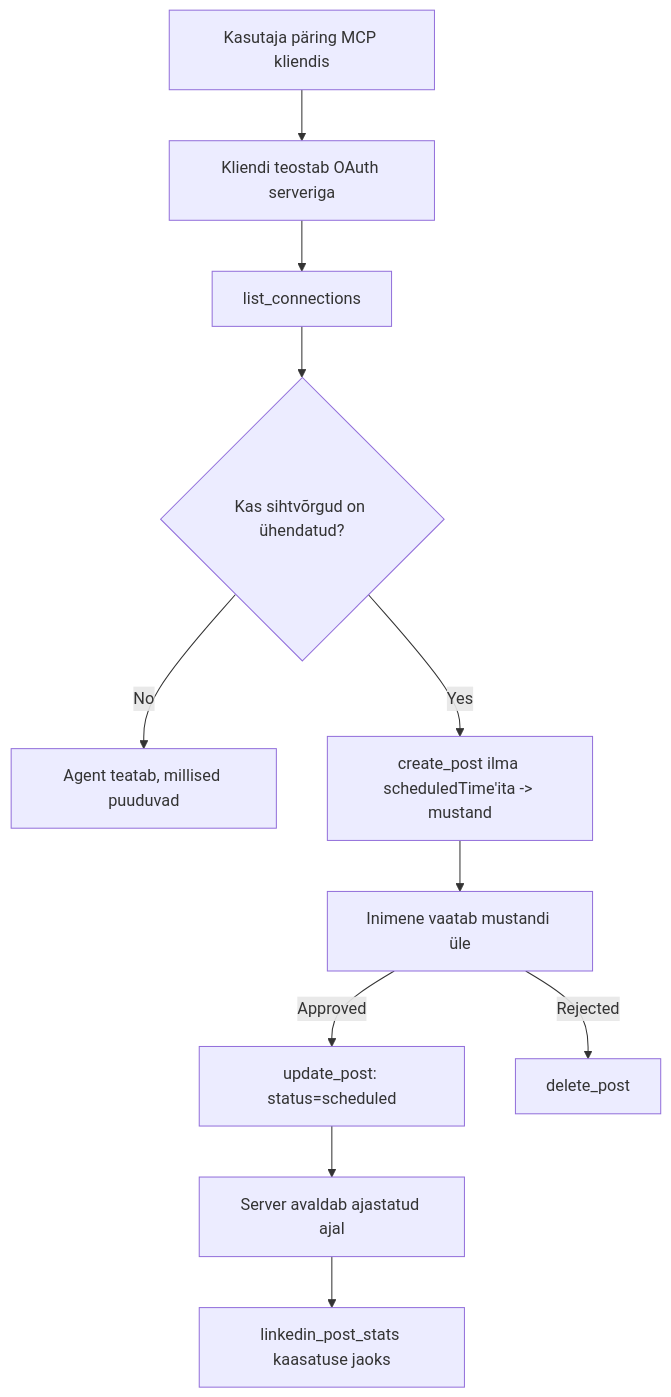
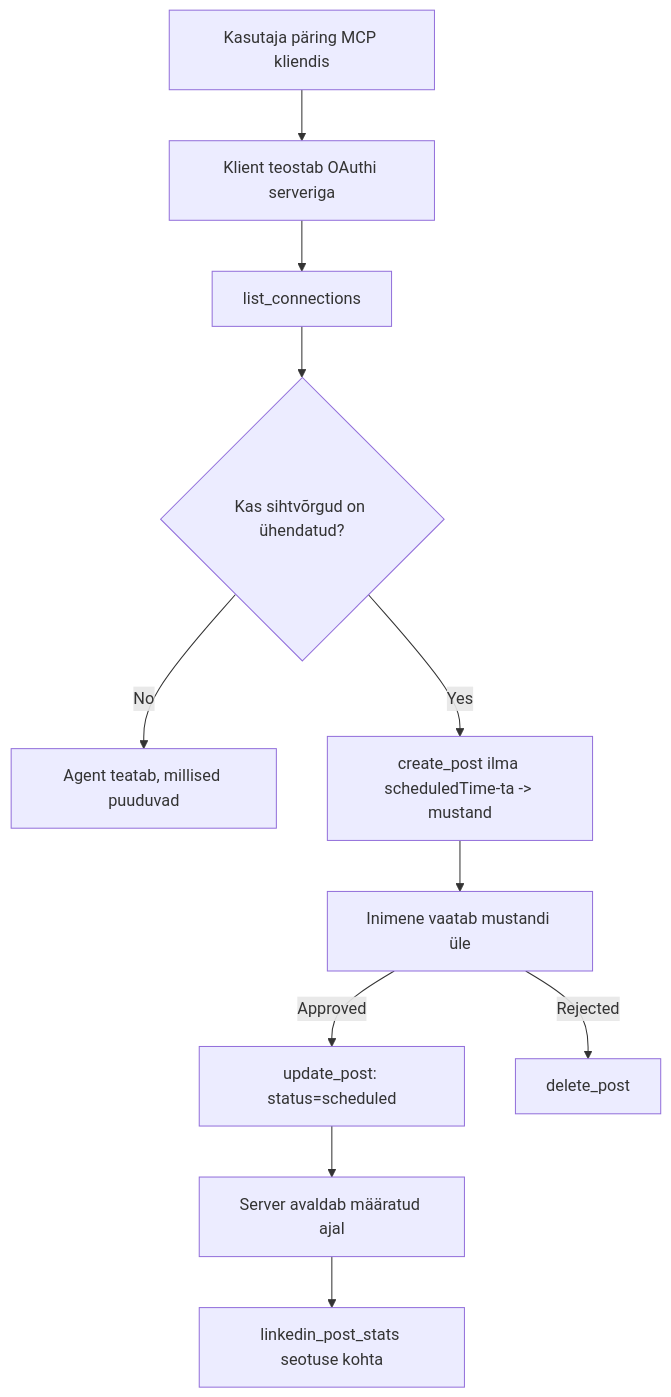
The diagram in translations/et/09-CaseStudy/publora-social-publishing.md (microsoft/mcp-for-beginners), drawn with Mermaid before and after one commit. The commit also changed other lines of this file and 138 other files, not shown here.

````diff
--- a/translations/et/09-CaseStudy/publora-social-publishing.md
+++ b/translations/et/09-CaseStudy/publora-social-publishing.md
@@ -47,13 +47,13 @@
 ```mermaid
 flowchart TD
-    A[Kasutaja päring MCP kliendis] --> B[Kliendi teostab OAuth serveriga]
+    A[Kasutaja päring MCP kliendis] --> B[Klient teostab OAuthi serveriga]
     B --> C[list_connections]
     C --> D{Kas sihtvõrgud on ühendatud?}
     D -- No --> E[Agent teatab, millised puuduvad]
-    D -- Yes --> F[create_post ilma scheduledTime'ita -> mustand]
+    D -- Yes --> F[create_post ilma scheduledTime-ta -> mustand]
     F --> G[Inimene vaatab mustandi üle]
     G -- Approved --> H[update_post: status=scheduled]
     G -- Rejected --> I[delete_post]
-    H --> J[Server avaldab ajastatud ajal]
-    J --> K[linkedin_post_stats kaasatuse jaoks]
+    H --> J[Server avaldab määratud ajal]
+    J --> K[linkedin_post_stats seotuse kohta]
 ```
````
